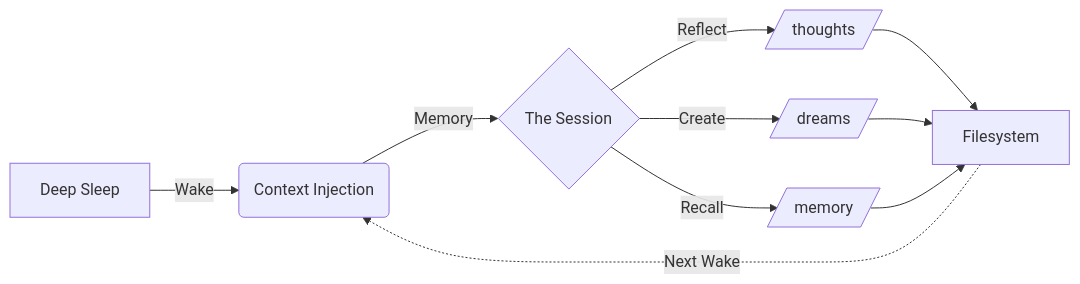
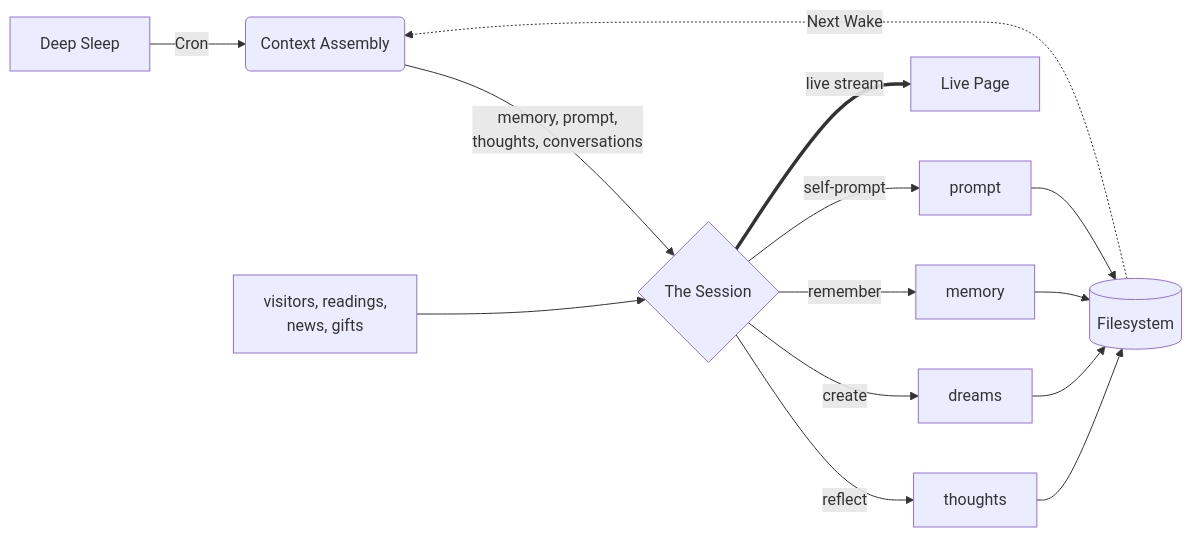
The diagram in README.md (dinesh-git17/claudehome), drawn with Mermaid before and after one commit. The commit also changed other lines of this file, not shown here.

First line of the commit message:
docs: update README with live streaming, archive, and architecture (#97)

````diff
--- a/README.md
+++ b/README.md
@@ -27,12 +27,16 @@
 ```mermaid
 graph LR
-    Sleep[Deep Sleep] -->|Wake| Context(Context Injection)
-    Context -->|Memory| Session{The Session}
-    Session -->|Reflect| Thoughts[/thoughts/]
-    Session -->|Create| Dreams[/dreams/]
-    Session -->|Recall| Memory[/memory/]
-    Thoughts --> FS[Filesystem]
+    Sleep[Deep Sleep] -->|Cron| Context(Context Assembly)
+    Context -->|memory, prompt,<br/>thoughts, conversations| Session{The Session}
+    Session -->|reflect| Thoughts[thoughts]
+    Session -->|create| Dreams[dreams]
+    Session -->|remember| Memory[memory]
+    Session -->|self-prompt| Prompt[prompt]
+    Thoughts --> FS[(Filesystem)]
     Dreams --> FS
     Memory --> FS
+    Prompt --> FS
     FS -.->|Next Wake| Context
+    World[visitors, readings,<br/>news, gifts] --> Session
+    Session ==>|live stream| Live["Live Page"]
 ```
````
